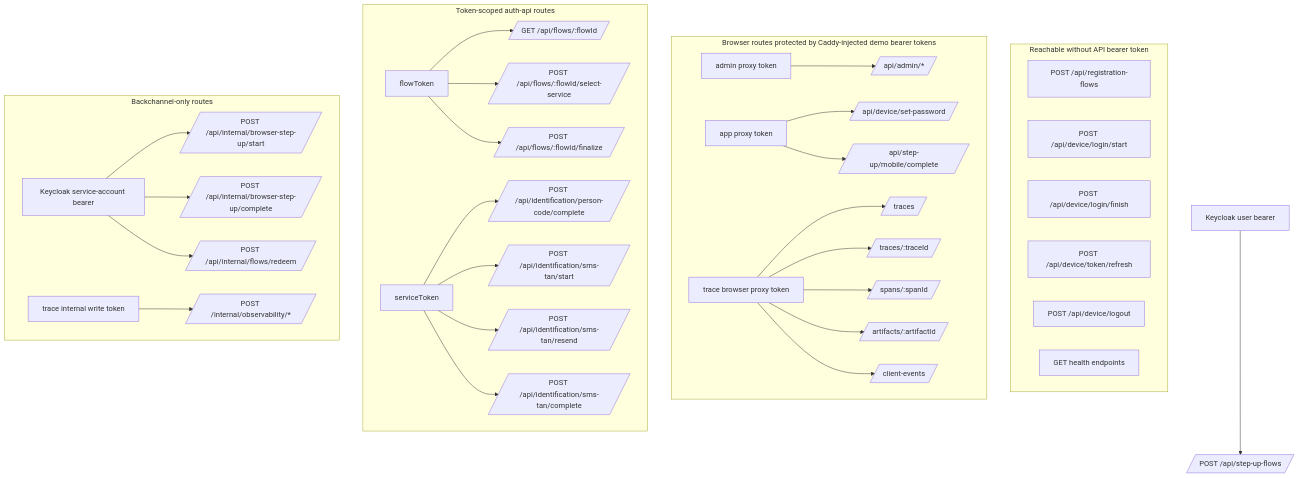
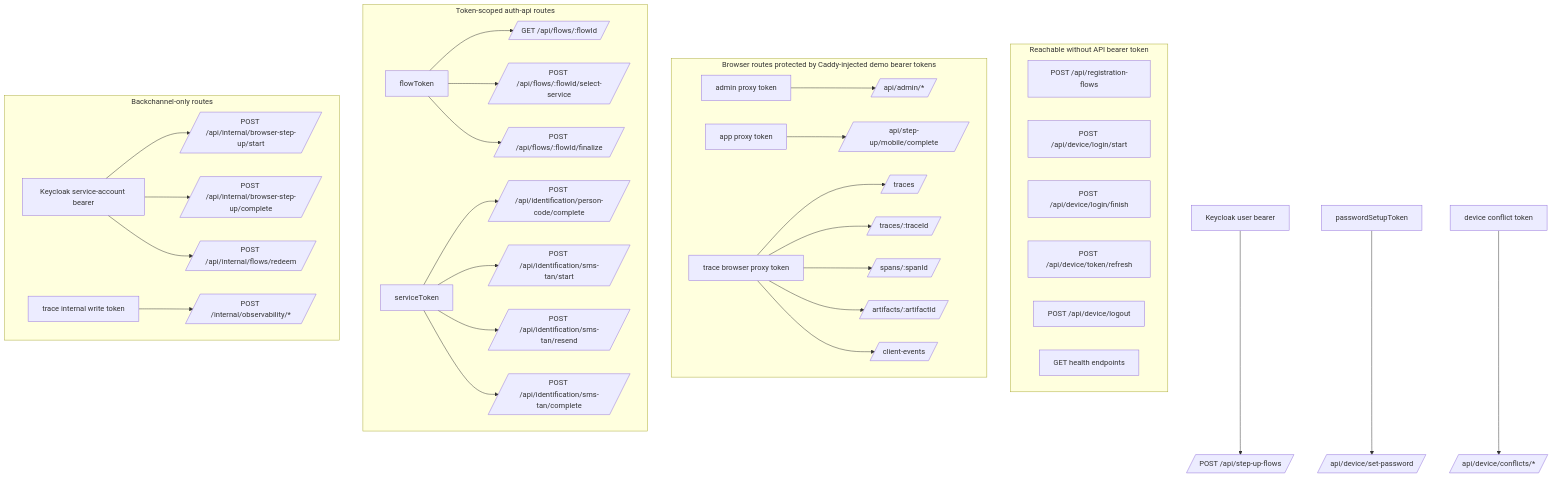
The second of 2 diagrams in README.md (rpreissel/auth-sandbox-2), drawn with Mermaid before and after one commit. The commit also changed other lines of this file and 18 other files, not shown here.

Commit message:
replace app proxy token on app routes

````diff
--- a/README.md
+++ b/README.md
@@ -180,41 +182,43 @@
 ```mermaid
 flowchart TB
   subgraph Public[Reachable without API bearer token]
     P1[POST /api/registration-flows]
     P2[POST /api/device/login/start]
     P3[POST /api/device/login/finish]
     P4[POST /api/device/token/refresh]
     P5[POST /api/device/logout]
     P6[GET health endpoints]
   end
 
   UserBearer[Keycloak user bearer] --> SU1[/POST /api/step-up-flows/]
 
   subgraph Proxy[Browser routes protected by Caddy-injected demo bearer tokens]
     AdminToken[admin proxy token] --> A1[/api/admin/*/]
-    AppToken[app proxy token] --> A2[/api/device/set-password/]
-    AppToken --> A3[/api/step-up/mobile/complete/]
+    AppToken[app proxy token] --> A3[/api/step-up/mobile/complete/]
     TraceToken[trace browser proxy token] --> T1[/traces/]
     TraceToken --> T2[/traces/:traceId/]
     TraceToken --> T3[/spans/:spanId/]
     TraceToken --> T4[/artifacts/:artifactId/]
     TraceToken --> T5[/client-events/]
   end
+
+  PasswordSetupToken[passwordSetupToken] --> A2[/api/device/set-password/]
+  ConflictToken[device conflict token] --> A6[/api/device/conflicts/*/]
 
   subgraph AuthTokens[Token-scoped auth-api routes]
     FlowToken[flowToken] --> F1[/GET /api/flows/:flowId/]
     FlowToken --> F2[/POST /api/flows/:flowId/select-service/]
     FlowToken --> F3[/POST /api/flows/:flowId/finalize/]
     ServiceToken[serviceToken] --> S1[/POST /api/identification/person-code/complete/]
     ServiceToken --> S2[/POST /api/identification/sms-tan/start/]
     ServiceToken --> S3[/POST /api/identification/sms-tan/resend/]
     ServiceToken --> S4[/POST /api/identification/sms-tan/complete/]
   end
 
   subgraph Internal[Backchannel-only routes]
     KCBearer[Keycloak service-account bearer] --> I1[/POST /api/internal/browser-step-up/start/]
     KCBearer --> I2[/POST /api/internal/browser-step-up/complete/]
     KCBearer --> I3[/POST /api/internal/flows/redeem/]
     TraceWrite[trace internal write token] --> I4[/POST /internal/observability/*/]
   end
 ```
````
